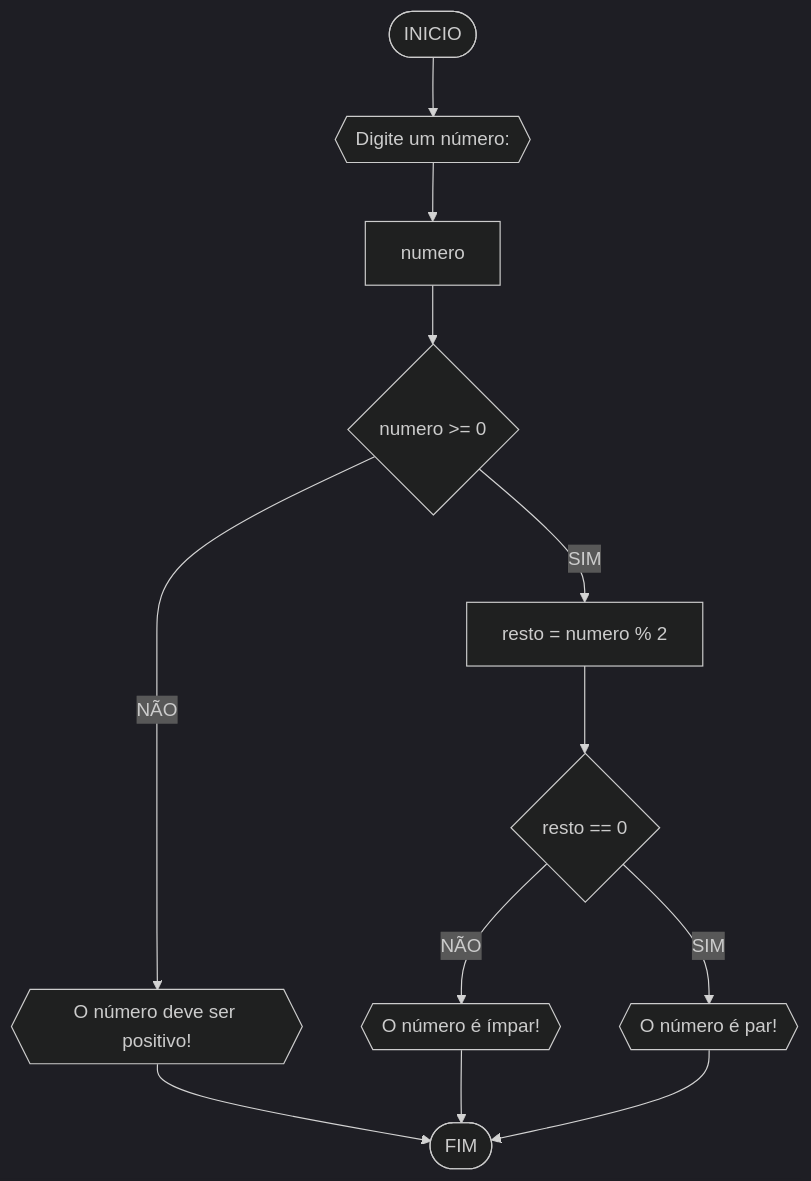
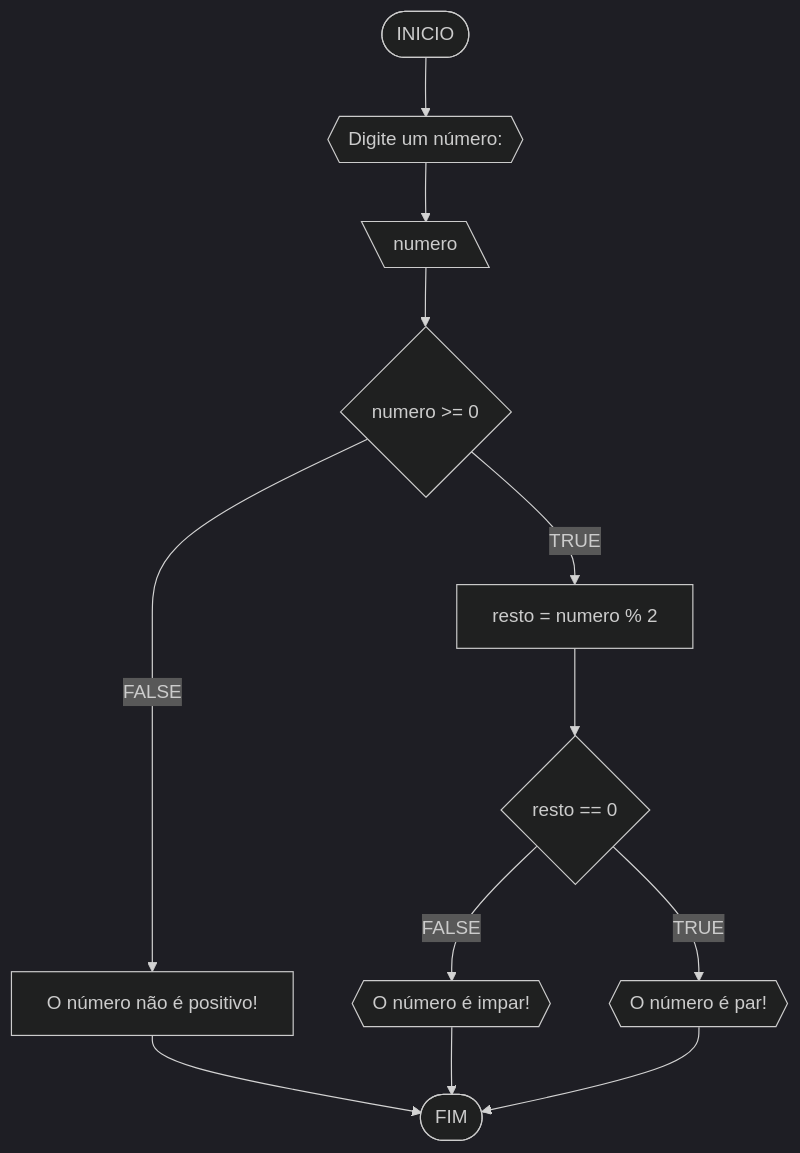
Before and after one commit to majuss8/ads-unifor: the first of 4 diagrams in RaciocinioLogicoAlgoritmico/lista_exercicios1.md, drawn with Mermaid (dark theme). The commit also changed other lines of this file, not shown here.

````diff
--- a/RaciocinioLogicoAlgoritmico/lista_exercicios1.md
+++ b/RaciocinioLogicoAlgoritmico/lista_exercicios1.md
@@ -7,13 +13,14 @@
 ```mermaid
 flowchart TD
-A([INICIO]) --> B{{Digite um número: }}
-B --> C[numero]
+A([INICIO]) --> B{{Digite um número:}}
+B --> C[\numero\]
 C --> D{numero >= 0}
-D --NÃO--> E{{O número deve ser positivo!}}
+D --FALSE--> E[O número não é positivo!]
+D --TRUE--> F[resto = numero % 2]
 E --> Z([FIM])
-D --SIM--> F[resto = numero % 2]
 F --> G{resto == 0}
-G --NÃO--> H{{O número é ímpar!}} --> Z([FIM])
-G --SIM--> I{{O número é par!}} 
-I --> Z([FIM])
+G --FALSE--> H{{O número é impar!}}
+G --TRUE--> I{{O número é par!}}
+H --> Z
+I --> Z
 ```
````
